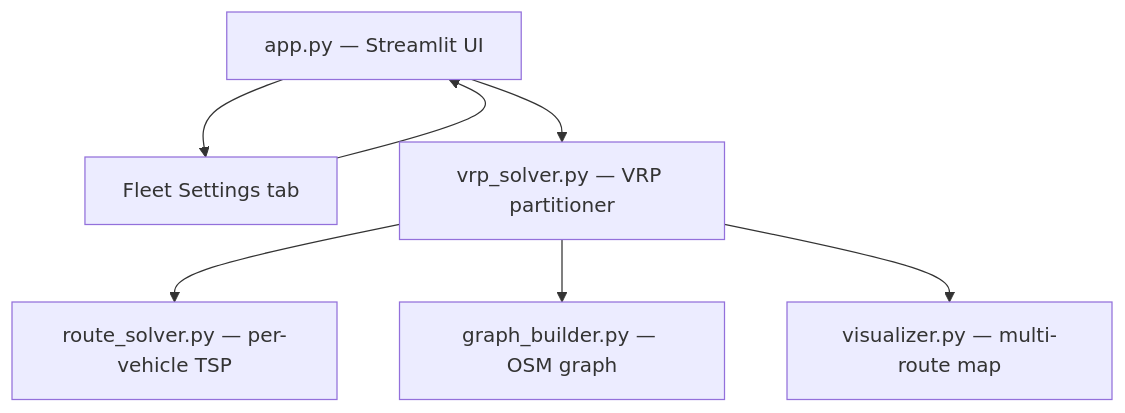
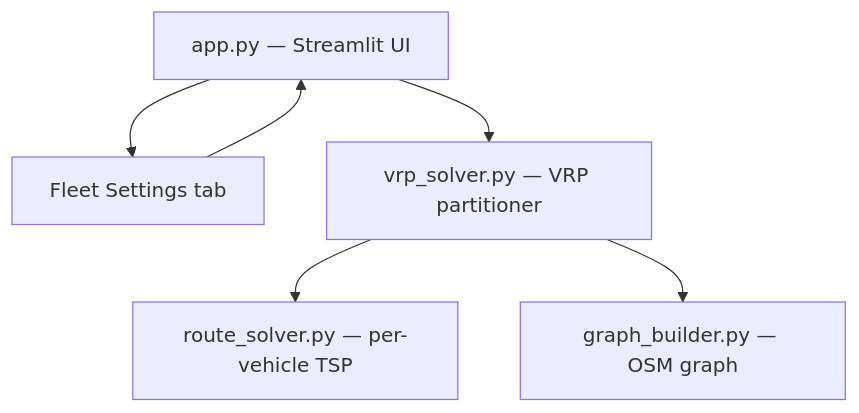
Before and after one commit to timurrte/DeliveryIQ: the diagram in docs/ai/design/feature-multi-vehicle-routing.md, drawn with Mermaid. The commit also changed other lines of this file and 4 other files, not shown here.

````diff
--- a/docs/ai/design/feature-multi-vehicle-routing.md
+++ b/docs/ai/design/feature-multi-vehicle-routing.md
@@ -12,16 +12,14 @@
 ```mermaid
 graph TD
     UI[app.py — Streamlit UI]
     FT[Fleet Settings tab]
     VS[vrp_solver.py — VRP partitioner]
     RS[route_solver.py — per-vehicle TSP]
     GB[graph_builder.py — OSM graph]
-    VZ[visualizer.py — multi-route map]
 
     UI --> FT
     UI --> VS
     VS --> RS
     VS --> GB
-    VS --> VZ
     FT --> UI
 ```
````
